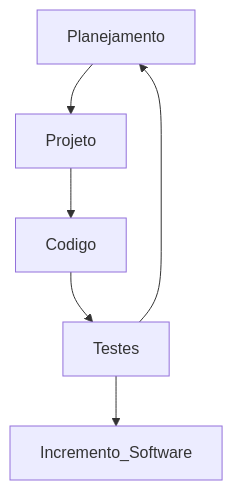
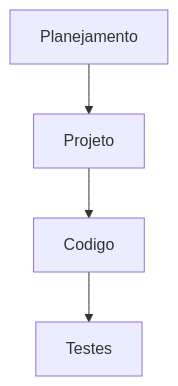
Before and after one commit to vanessacezarn/3_Semestre: the second of 2 diagrams in Engenharia e Requisitos de Software/aula_05 19.03.md, drawn with Mermaid.

Commit message:
Update aula_05 19.03.md

````diff
--- a/Engenharia e Requisitos de Software/aula_05 19.03.md
+++ b/Engenharia e Requisitos de Software/aula_05 19.03.md
@@ -28,9 +28,8 @@
 ```mermaid
 graph TD;
     Planejamento-->Projeto
     Projeto --> Codigo;
     Codigo --> Testes;
-    Testes --> Planejamento;
-    Testes --> Incremento_Software
+   
         
 ```
````
